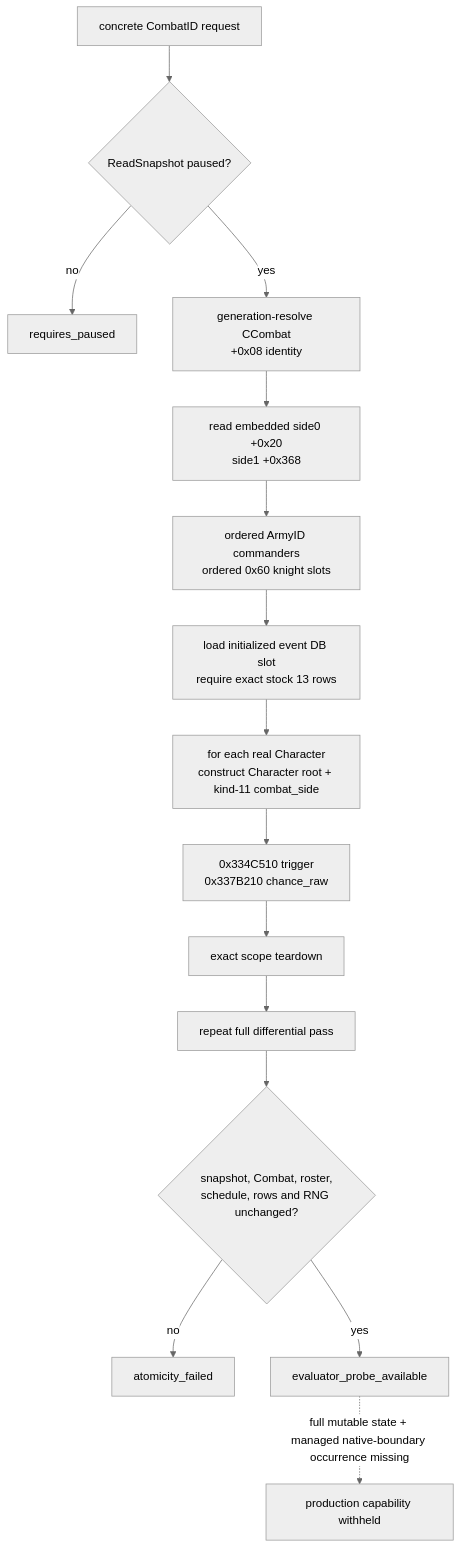
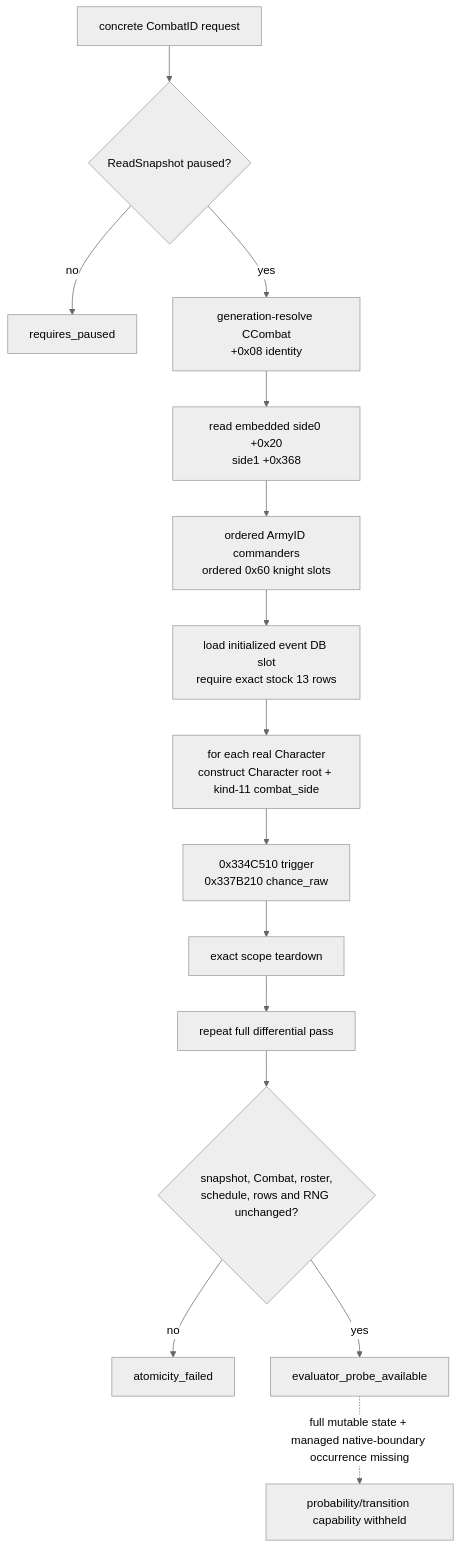
The second of 6 diagrams in docs/ck3-native-ai/combat-phase-event-trace.md (XenoAmess/ck3_eternal_recurrence), drawn with Mermaid (neutral theme) before and after one commit. The commit also changed other lines of this file and 16 other files, not shown here.

````diff
--- a/docs/ck3-native-ai/combat-phase-event-trace.md
+++ b/docs/ck3-native-ai/combat-phase-event-trace.md
@@ -41,17 +82,17 @@
 ```mermaid
 flowchart TD
     Q["concrete CombatID request"] --> P{"ReadSnapshot paused?"}
     P -->|no| RP["requires_paused"]
     P -->|yes| C["generation-resolve CCombat<br/>+0x08 identity"]
     C --> S["read embedded side0 +0x20<br/>side1 +0x368"]
     S --> R["ordered ArmyID commanders<br/>ordered 0x60 knight slots"]
     R --> D["load initialized event DB slot<br/>require exact stock 13 rows"]
     D --> E["for each real Character<br/>construct Character root + kind-11 combat_side"]
     E --> T["0x334C510 trigger<br/>0x337B210 chance_raw"]
     T --> X["exact scope teardown"]
     X --> A["repeat full differential pass"]
     A --> V{"snapshot, Combat, roster,<br/>schedule, rows and RNG unchanged?"}
     V -->|no| F["atomicity_failed"]
     V -->|yes| O["evaluator_probe_available"]
-    O -. "full mutable state + managed native-boundary occurrence missing" .-> H["production capability withheld"]
+    O -. "full mutable state + managed native-boundary occurrence missing" .-> H["probability/transition capability withheld"]
 ```
````
